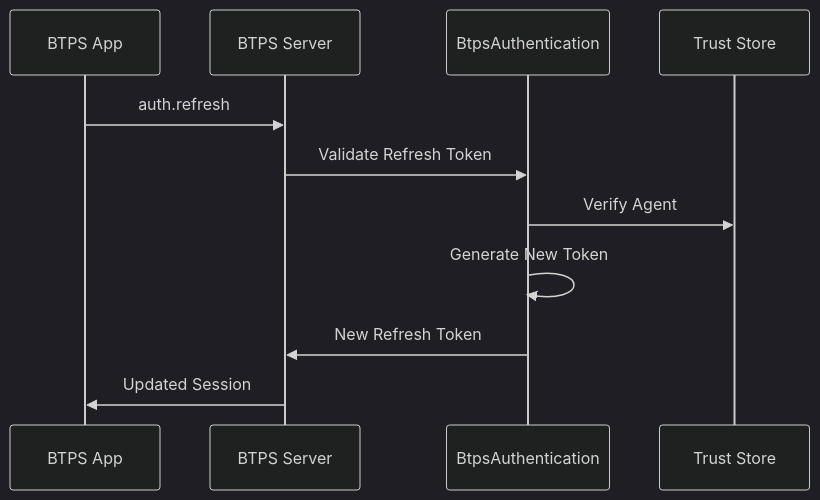
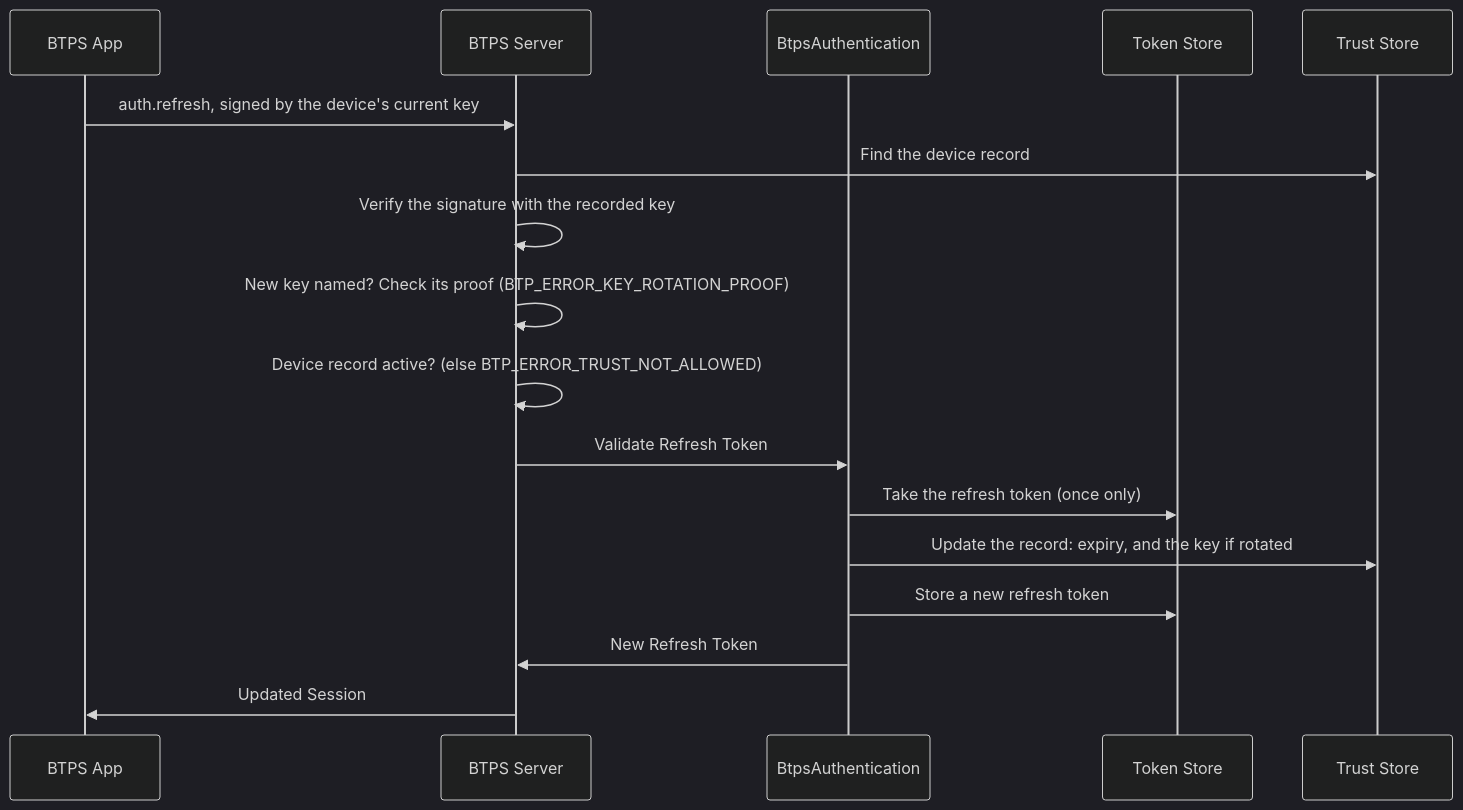
The third of 3 diagrams in docs/docusaurus/docs/protocol/authentication/overview.md (openbtps/btps-node), drawn with Mermaid (dark theme) before and after one commit. The commit also changed other lines of this file and 26 other files, not shown here.

First line of the commit message:
Docs: bring every diagram in line with 1.1

````diff
--- a/docs/docusaurus/docs/protocol/authentication/overview.md
+++ b/docs/docusaurus/docs/protocol/authentication/overview.md
@@ -88,14 +92,20 @@
 ```mermaid
 sequenceDiagram
     participant BTPS App
     participant BTPS Server
     participant BtpsAuthentication
+    participant Token Store
     participant Trust Store
 
-    BTPS App->>BTPS Server: auth.refresh
+    BTPS App->>BTPS Server: auth.refresh, signed by the device's current key
+    BTPS Server->>Trust Store: Find the device record
+    BTPS Server->>BTPS Server: Verify the signature with the recorded key
+    BTPS Server->>BTPS Server: New key named? Check its proof (BTP_ERROR_KEY_ROTATION_PROOF)
+    BTPS Server->>BTPS Server: Device record active? (else BTP_ERROR_TRUST_NOT_ALLOWED)
     BTPS Server->>BtpsAuthentication: Validate Refresh Token
-    BtpsAuthentication->>Trust Store: Verify Agent
-    BtpsAuthentication->>BtpsAuthentication: Generate New Token
+    BtpsAuthentication->>Token Store: Take the refresh token (once only)
+    BtpsAuthentication->>Trust Store: Update the record: expiry, and the key if rotated
+    BtpsAuthentication->>Token Store: Store a new refresh token
     BtpsAuthentication->>BTPS Server: New Refresh Token
     BTPS Server->>BTPS App: Updated Session
 ```
````
